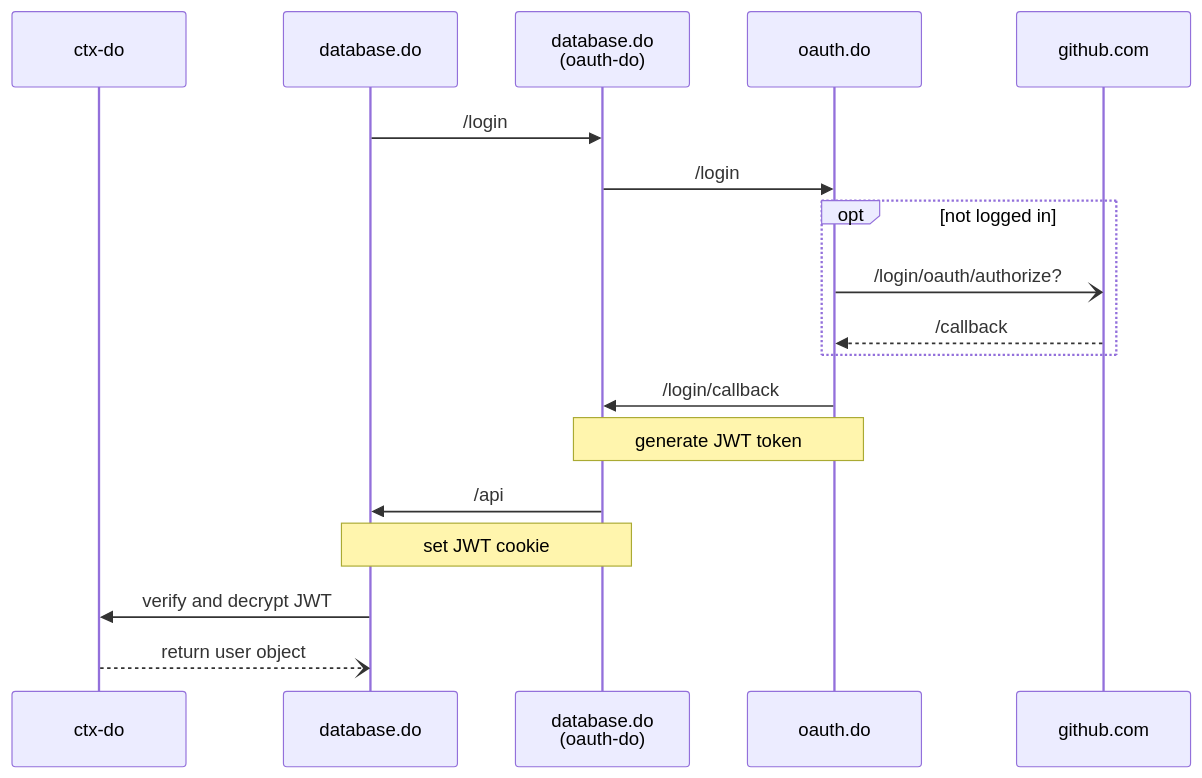
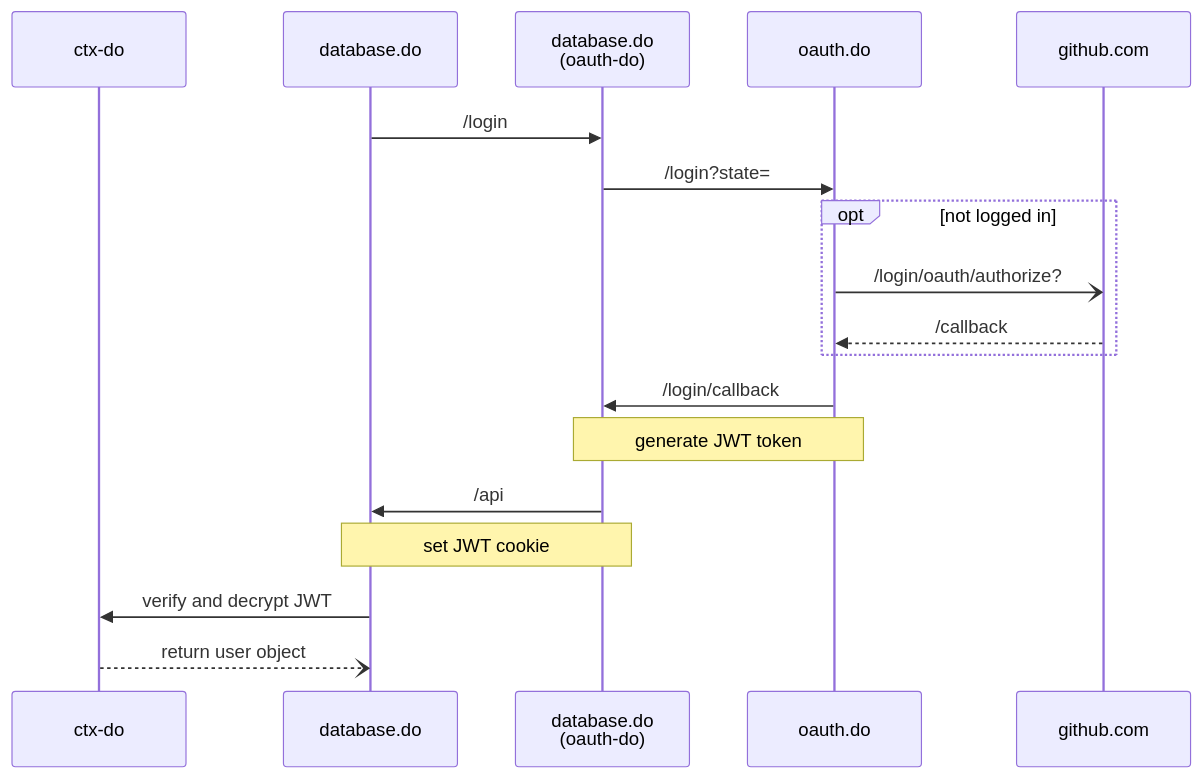
Before and after one commit to drivly/oauth.do: the diagram in README.md, drawn with Mermaid. The commit also changed other lines of this file and 2 other files, not shown here.

Commit message:
Refactor and add oauth.do/login redirect

````diff
--- a/README.md
+++ b/README.md
@@ -9,19 +9,19 @@
 ```mermaid
 sequenceDiagram
   participant C as ctx-do
   participant D as database.do
   participant O as database.do<br/>(oauth-do)
   participant A as oauth.do
   D->>O: /login
-  O->>A: /login
+  O->>A: /login?state=
   opt not logged in
     A-)github.com: /login/oauth/authorize?
     github.com-->>A: /callback
   end
   A->>O: /login/callback
   Note over A,O: generate JWT token
   O->>D: /api
   Note over O,D: set JWT cookie
   D->>C: verify and decrypt JWT
   C--)D: return user object
 ```
````
